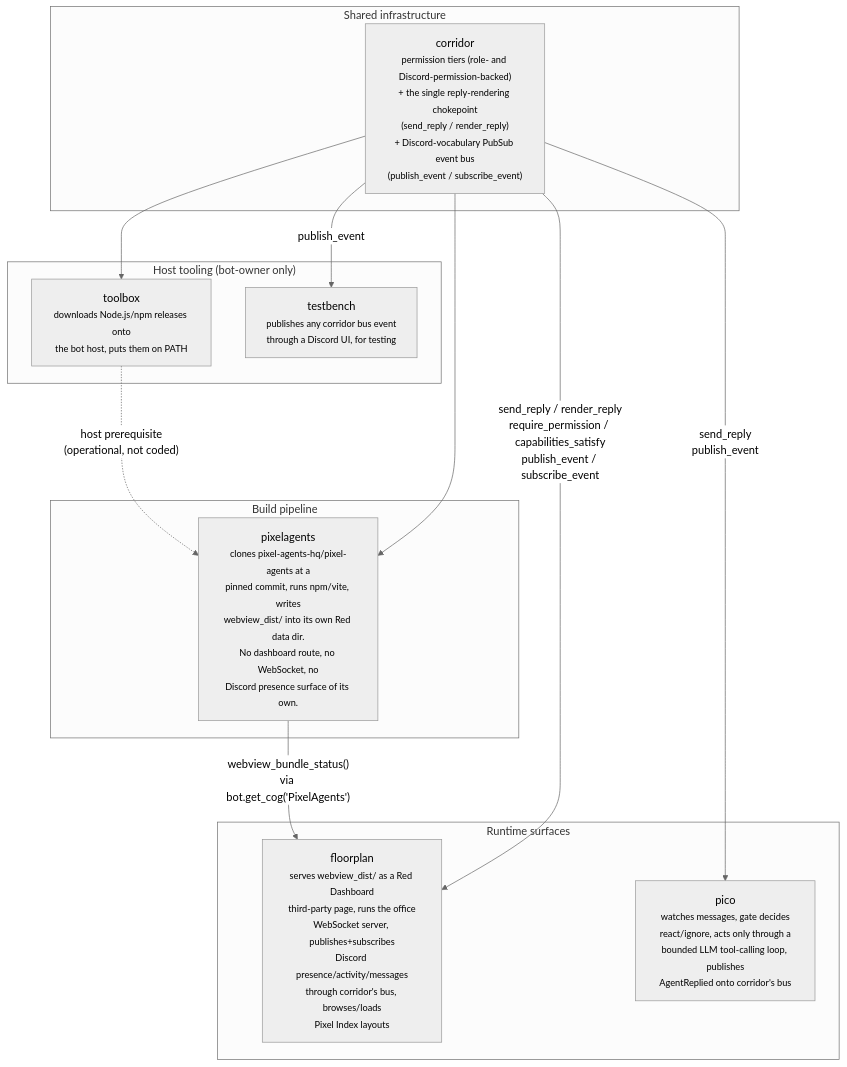
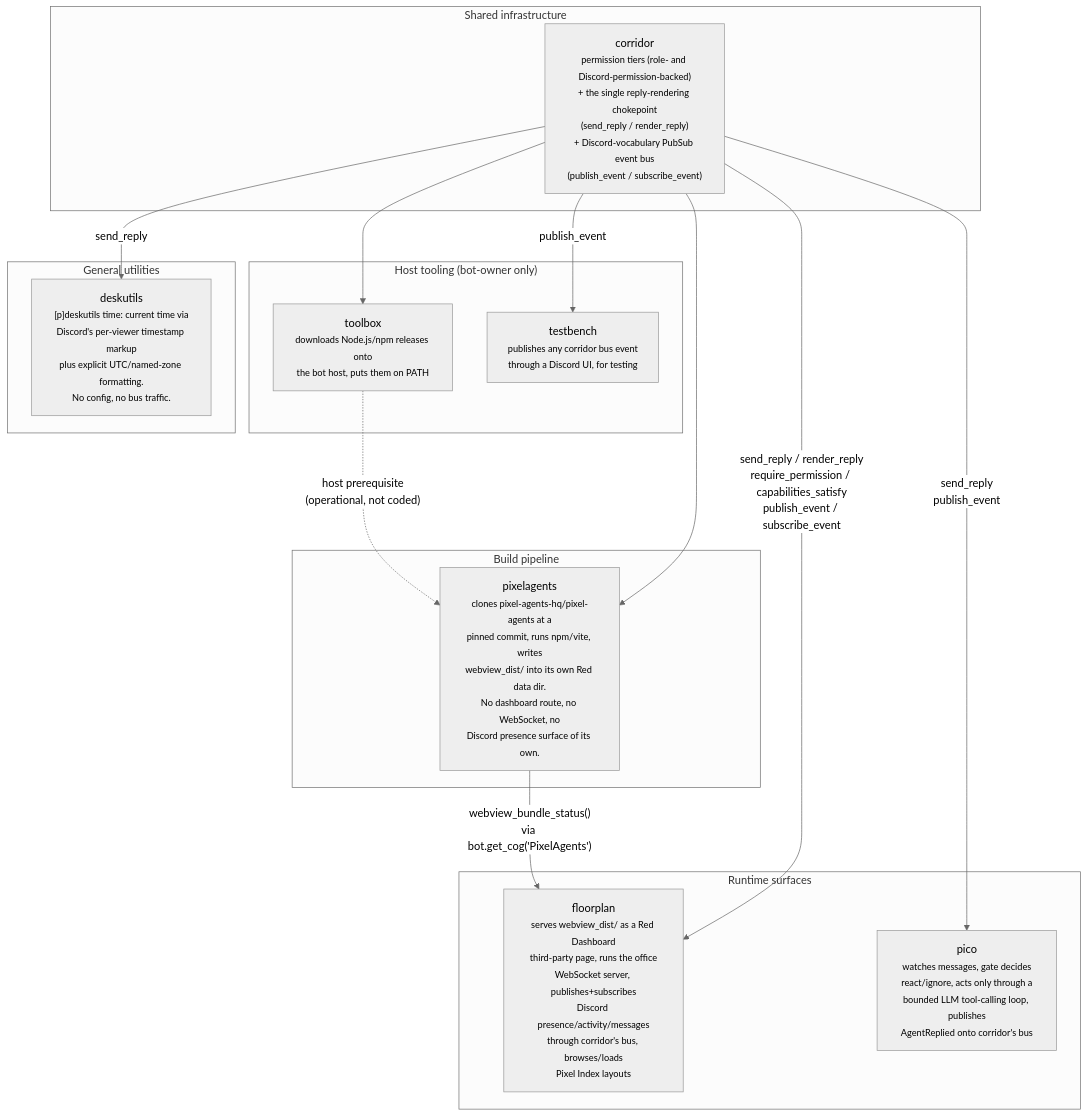
The second of 7 diagrams in docs/architecture.md (pixel-agents-hq/pixel-agents-cogs), drawn with Mermaid (neutral theme) before and after one commit. The commit also changed other lines of this file and 26 other files, not shown here.

First line of the commit message:
feat(deskutils): add a current-time utility cog

````diff
--- a/docs/architecture.md
+++ b/docs/architecture.md
@@ -75,28 +79,33 @@
 ```mermaid
 flowchart TB
     subgraph shared["Shared infrastructure"]
         corridor["corridor<br/><small>permission tiers (role- and Discord-permission-backed)<br/>+ the single reply-rendering chokepoint<br/>(send_reply / render_reply)<br/>+ Discord-vocabulary PubSub event bus<br/>(publish_event / subscribe_event)</small>"]
     end
 
     subgraph host["Host tooling (bot-owner only)"]
         toolbox["toolbox<br/><small>downloads Node.js/npm releases onto<br/>the bot host, puts them on PATH</small>"]
         testbench["testbench<br/><small>publishes any corridor bus event<br/>through a Discord UI, for testing</small>"]
     end
 
     subgraph build["Build pipeline"]
         pixelagents["pixelagents<br/><small>clones pixel-agents-hq/pixel-agents at a<br/>pinned commit, runs npm/vite, writes<br/>webview_dist/ into its own Red data dir.<br/>No dashboard route, no WebSocket, no<br/>Discord presence surface of its own.</small>"]
     end
 
     subgraph serve["Runtime surfaces"]
         floorplan["floorplan<br/><small>serves webview_dist/ as a Red Dashboard<br/>third-party page, runs the office<br/>WebSocket server, publishes+subscribes<br/>Discord presence/activity/messages<br/>through corridor's bus, browses/loads<br/>Pixel Index layouts</small>"]
         pico["pico<br/><small>watches messages, gate decides<br/>react/ignore, acts only through a<br/>bounded LLM tool-calling loop, publishes<br/>AgentReplied onto corridor's bus</small>"]
     end
 
+    subgraph utility["General utilities"]
+        deskutils["deskutils<br/><small>[p]deskutils time: current time via<br/>Discord's per-viewer timestamp markup<br/>plus explicit UTC/named-zone formatting.<br/>No config, no bus traffic.</small>"]
+    end
+
     toolbox -.->|"host prerequisite<br/>(operational, not coded)"| pixelagents
     pixelagents -->|"webview_bundle_status()<br/>via bot.get_cog('PixelAgents')"| floorplan
     corridor -->|"send_reply / render_reply<br/>require_permission / capabilities_satisfy<br/>publish_event / subscribe_event"| floorplan
     corridor -->|"send_reply<br/>publish_event"| pico
     corridor --> pixelagents
     corridor --> toolbox
     corridor -->|publish_event| testbench
+    corridor -->|send_reply| deskutils
 ```
````
